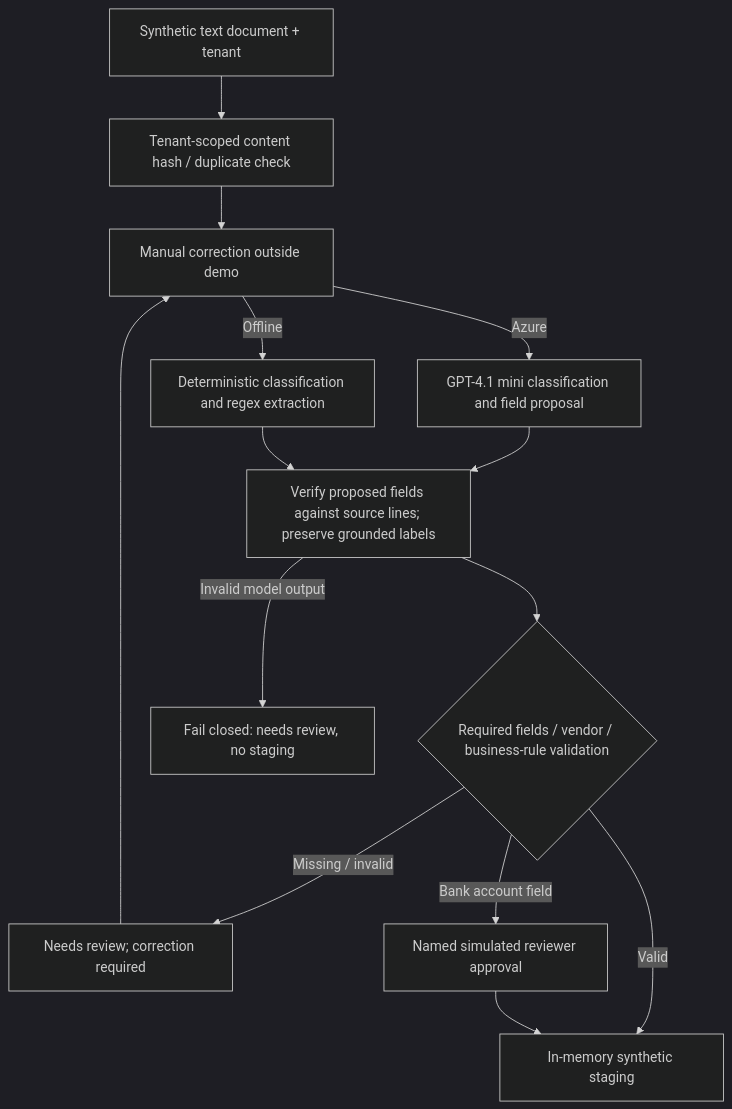
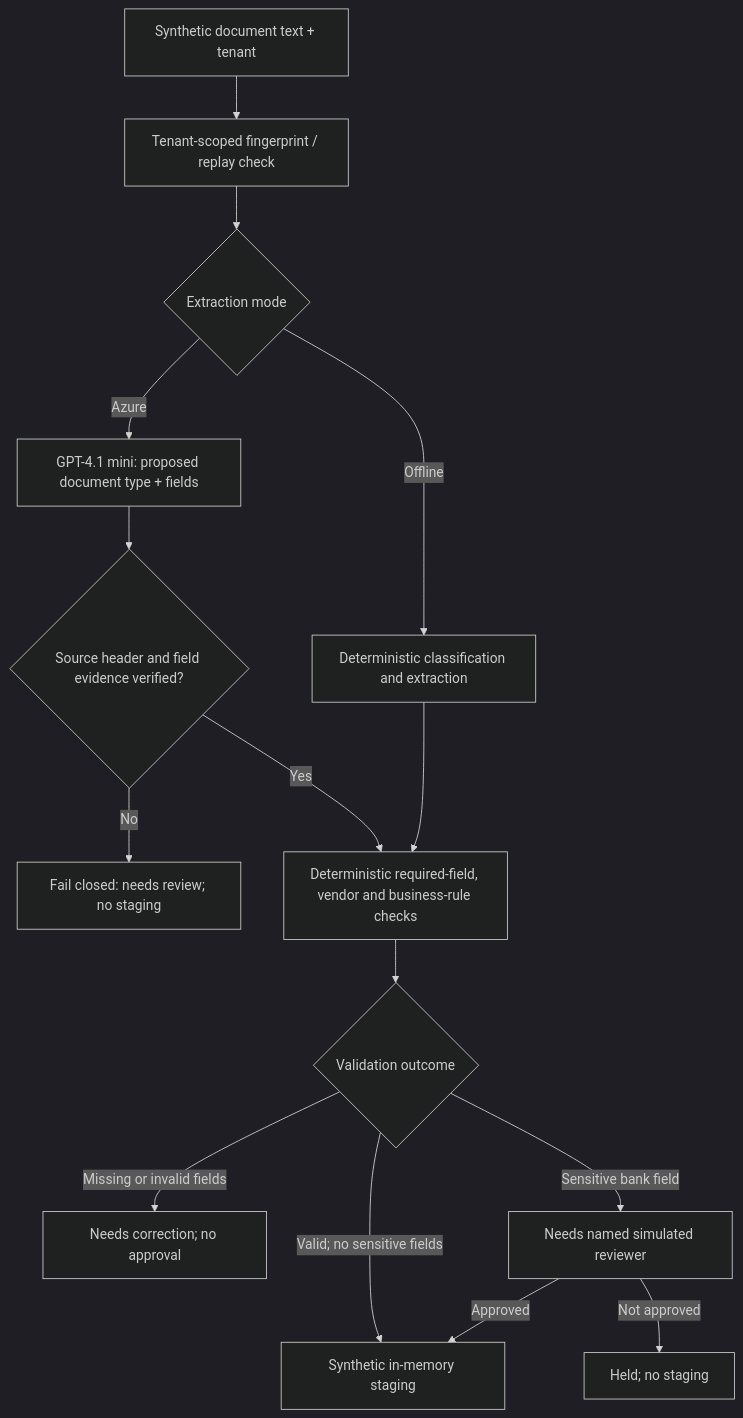
One commit to n-neykov/agentic-ai-architecture-portfolio changed the diagram in 02-document-processing/README.md. Above: the diagram before and after it, drawn with Mermaid (dark theme). The commit also changed other lines of this file, not shown here.

Commit message:
docs: correct P2 Mermaid branch identifiers and record successful live Azure review

````diff
--- a/02-document-processing/README.md
+++ b/02-document-processing/README.md
@@ -11,16 +11,17 @@
 ```mermaid
 flowchart TD
-  I["Synthetic text document + tenant"] --> H["Tenant-scoped content hash / duplicate check"]
-  H --> M{"Execution mode"}
-  M -->|Offline| C["Deterministic classification and regex extraction"]
-  M -->|Azure| A["GPT-4.1 mini classification and field proposal"]
-  A --> X["Verify proposed fields against source lines; preserve grounded labels"]
-  C --> X
-  X --> V{"Required fields / vendor / business-rule validation"}
-  X -->|"Invalid model output"| F["Fail closed: needs review, no staging"]
-  V -->|"Valid"| S["In-memory synthetic staging"]
-  V -->|"Missing / invalid"| R["Needs review; correction required"]
-  V -->|"Bank account field"| G["Named simulated reviewer approval"]
-  G --> S
-  R --> M["Manual correction outside demo"]
+  I["Synthetic document text + tenant"] --> H["Tenant-scoped fingerprint / replay check"]
+  H --> Q{"Extraction mode"}
+  Q -->|Offline| C["Deterministic classification and extraction"]
+  Q -->|Azure| A["GPT-4.1 mini: proposed document type + fields"]
+  A --> X{"Source header and field evidence verified?"}
+  X -->|No| F["Fail closed: needs review; no staging"]
+  X -->|Yes| V["Deterministic required-field, vendor and business-rule checks"]
+  C --> V
+  V --> G{"Validation outcome"}
+  G -->|Valid; no sensitive fields| S["Synthetic in-memory staging"]
+  G -->|Missing or invalid fields| R["Needs correction; no approval"]
+  G -->|Sensitive bank field| B["Needs named simulated reviewer"]
+  B -->|Approved| S
+  B -->|Not approved| W["Held; no staging"]
 ```
````
